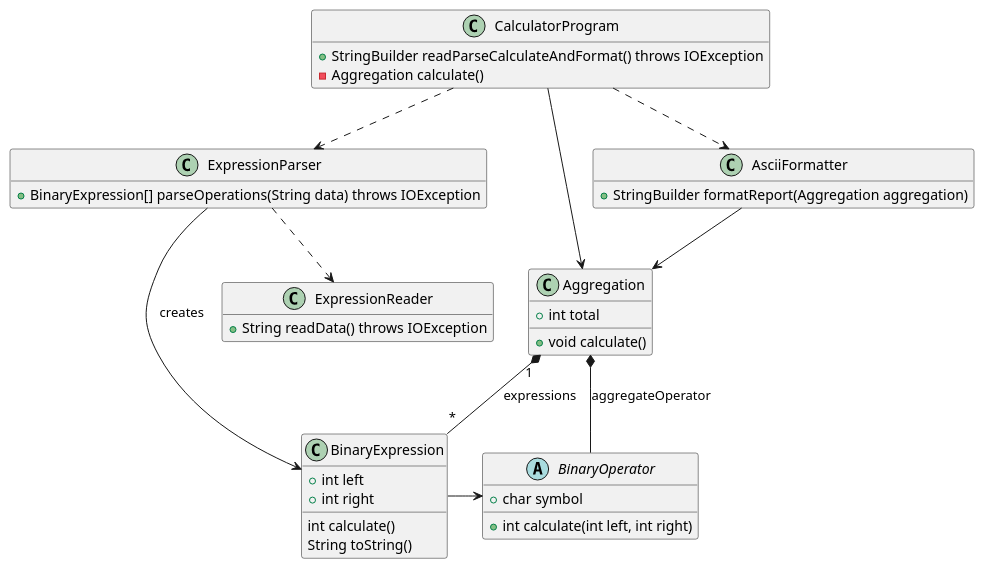
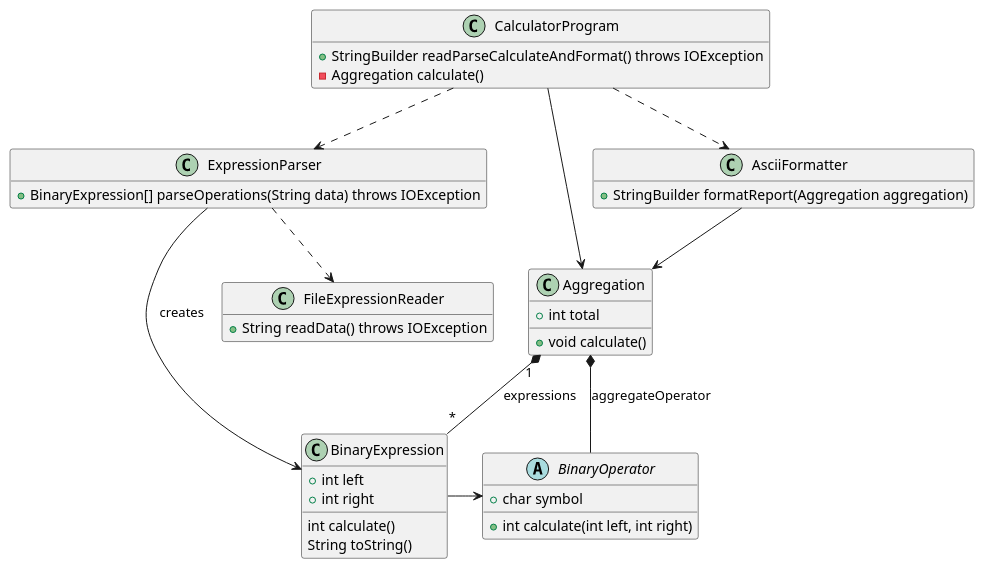
The diagram in docs/calculatorprogram-v6-final.puml (jonasbha/SOLID), drawn with PlantUML before and after one commit. The commit also changed 14 other files, not shown here.

```diff
--- a/docs/calculatorprogram-v6-final.puml
+++ b/docs/calculatorprogram-v6-final.puml
@@ -1,52 +1,52 @@
 @startuml
 hide empty members
 
-class ExpressionReader {
+class FileExpressionReader {
     + String readData() throws IOException
 }
 
 class ExpressionParser {
     + BinaryExpression[] parseOperations(String data) throws IOException
 }
 
 class CalculatorProgram {
     + StringBuilder readParseCalculateAndFormat() throws IOException
     - Aggregation calculate()
 }
 
 class BinaryExpression {
     + int left
     + int right
     int calculate()
     String toString()
 }
 
 abstract class BinaryOperator {
     + char symbol
     + int calculate(int left, int right)
 }
 
 class Aggregation {
     + int total
     + void calculate()
 }
 
 class AsciiFormatter {
     + StringBuilder formatReport(Aggregation aggregation)
 }
 
 CalculatorProgram ..> ExpressionParser
-ExpressionParser ..> ExpressionReader
+ExpressionParser ..> FileExpressionReader
 
 BinaryExpression -> BinaryOperator
 
 ExpressionParser --> BinaryExpression : creates
 
 Aggregation "1" *-- "*" BinaryExpression : expressions
 Aggregation *-- BinaryOperator : aggregateOperator
 
 CalculatorProgram --> Aggregation
 CalculatorProgram ..> AsciiFormatter
 AsciiFormatter --> Aggregation
 
 @enduml
```
